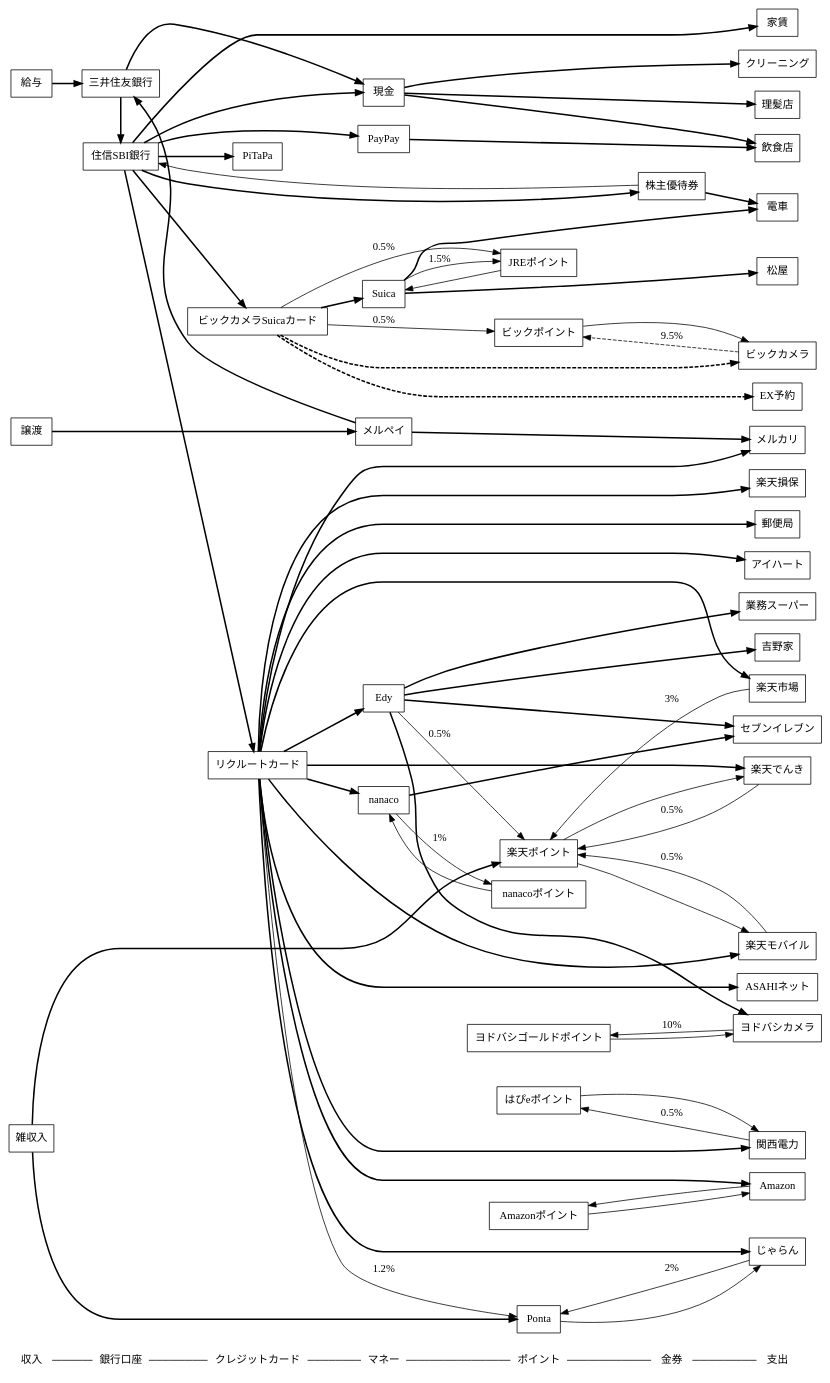
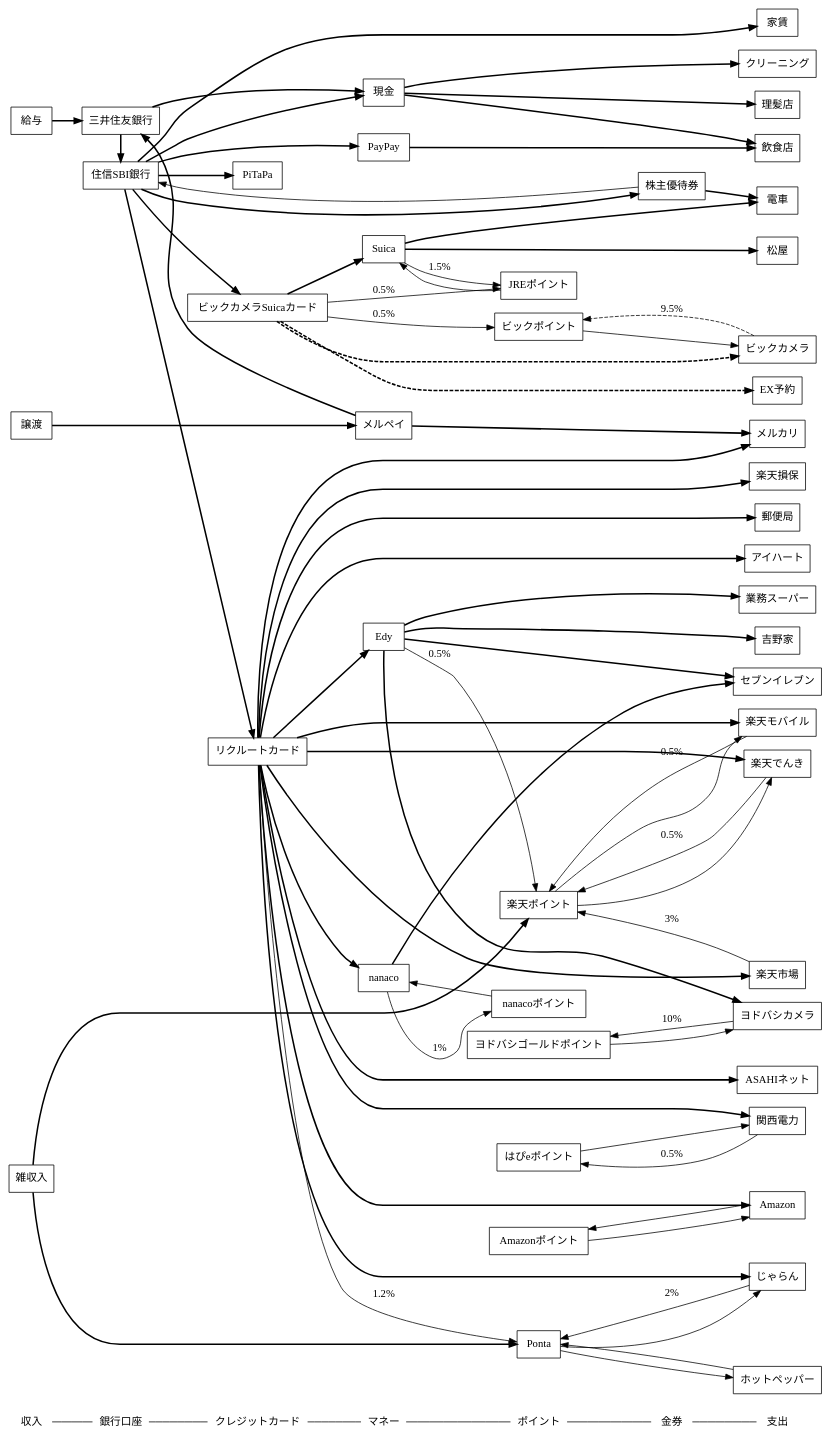
The diagram in moneyflow.dot (saireya/moneyflow), drawn with Graphviz before and after one commit. The commit also changed 1 other file, not shown here.

```diff
--- a/moneyflow.dot
+++ b/moneyflow.dot
@@ -1,166 +1,169 @@
 // dot -Tsvg moneyflow.dot -o moneyflow.svg
 // edge: bold: 支出, solid: 還元(label:還元率), dashed: Obsolete
 digraph "MoneyFlow"
 {
 	graph [ rankdir = LR ];
 	node [ shape = box ];
 
 	"収入", "銀行口座", "クレジットカード", "マネー", "ポイント", "金券", "支出" [shape = none];
 	"収入" -> "銀行口座" -> "クレジットカード" -> "マネー" -> "ポイント" -> "金券" -> "支出" [arrowhead = none];
 	{
 		rank = same; "収入";
 		給与;
 		譲渡;
 		雑収入;
 	}
 
 	{
 		rank = same; "銀行口座";
 		三井住友銀行;
 		住信SBI銀行;
 	}
 
 	{
 		rank = same; "クレジットカード";
 		ビックカメラSuicaカード;
 		リクルートカード;
 		PiTaPa;
 	}
 
 	{
 		rank = same; "マネー";
 		Suica;
 		現金;
 		nanaco;
 		Edy;
 		PayPay;
 		メルペイ;
 	}
 
 	{
 		rank = same; "ポイント";
 		// 共通ポイント
 		Ponta;
 		楽天ポイント;
 		// クレジットカード関係
 		JREポイント;
 		// 独自ポイント
 		ビックポイント;
 		Amazonポイント;
 		nanacoポイント;
 		ヨドバシゴールドポイント;
 		はぴeポイント;
 	}
 
 	{
 		rank = same; "金券";
 		株主優待券;
 	}
 
 	{
 		rank = same; "支出";
 		家賃;
 		// コンビニ
 		セブンイレブン;
 		// 交通
 		電車;
 		// インフラ
 		ASAHIネット;
 		楽天モバイル;
 		楽天でんき;
 		関西電力;
 		楽天損保;
 		郵便局;
 		// 店舗
 		アイハート;
 		ビックカメラ;
 		ヨドバシカメラ;
 		飲食店;
 		業務スーパー;
 		松屋;
 		吉野家;
 		理髪店;
 		クリーニング;
 		// ネット
 		Amazon;
 		EX予約;
 		じゃらん;
+		ホットペッパー;
 		メルカリ;
 		楽天市場;
 	}
 
 	// SMBC
 	給与 -> 三井住友銀行 [style="bold", weight=100];
 	三井住友銀行 -> 現金, 住信SBI銀行 [style="bold", weight=100];
 
 	// ビックカメラSuicaカード
 	ビックカメラSuicaカード -> JREポイント [label="0.5%"];
 	ビックカメラSuicaカード -> ビックカメラ [style="bold,dashed", weight=100];
 	ビックカメラ -> ビックポイント [style="dashed", label="9.5%"];
 	ビックカメラSuicaカード -> ビックポイント [label="0.5%"]
 	ビックポイント -> ビックカメラ;
 	ビックカメラSuicaカード -> Suica -> 電車 [style="bold", weight=100];
 	Suica -> 松屋 [style="bold", weight=100];
 	ビックカメラSuicaカード -> EX予約 [style="bold,dashed", weight=100];
 	Suica -> JREポイント [label="1.5%"];
 	JREポイント -> Suica;
 
 	// 住信SBI
 	住信SBI銀行 -> 現金 [style="bold", weight=100];
 	住信SBI銀行 -> 家賃 [style="bold", weight=100];
 	住信SBI銀行 -> ビックカメラSuicaカード, リクルートカード, PiTaPa [style="bold", weight=100];
 	住信SBI銀行 -> PayPay [style="bold", weight=100];
 	PayPay -> 飲食店 [style="bold", weight=100];
 	住信SBI銀行 -> 株主優待券 [style="bold", weight=100];
 	株主優待券 -> 電車 [style="bold", weight=100];
 	株主優待券 -> 住信SBI銀行;
 
 	// リクルートカード
 	リクルートカード -> ASAHIネット [style="bold", weight=100];
 	リクルートカード -> Amazon [style="bold", weight=100];
 	リクルートカード -> じゃらん [style="bold", weight=100];
 	リクルートカード -> アイハート [style="bold", weight=100];
 	リクルートカード -> 関西電力 [style="bold", weight=100];
 	関西電力 -> はぴeポイント [label="0.5%"];
 	はぴeポイント -> 関西電力;
 	リクルートカード -> 楽天でんき [style="bold", weight=100];
 	楽天でんき -> 楽天ポイント [label="0.5%"];
 	リクルートカード -> 楽天損保 [style="bold", weight=100];
 	リクルートカード -> 楽天市場 [style="bold", weight=100];
 	楽天市場 -> 楽天ポイント [label="3%"];
 	リクルートカード -> 楽天モバイル [style="bold", weight=100];
 	楽天モバイル -> 楽天ポイント [label="0.5%"];
 	楽天ポイント -> 楽天モバイル, 楽天でんき;
 	リクルートカード -> Edy [style="bold", weight=100];
 	Edy -> ヨドバシカメラ [style="bold", weight=100];
 	ヨドバシカメラ -> ヨドバシゴールドポイント [label="10%"];
 	ヨドバシゴールドポイント -> ヨドバシカメラ;
 	Edy -> 吉野家 [style="bold", weight=100];
 	Edy -> 楽天ポイント [label="0.5%"];
 	リクルートカード -> Ponta [label="1.2%"];
 	Ponta -> じゃらん;
 	じゃらん -> Ponta [label="2%"];
+	Ponta -> ホットペッパー;
+	ホットペッパー -> Ponta;
 	Amazon -> Amazonポイント -> Amazon;
 	リクルートカード -> nanaco [style="bold", weight=100];
 	nanaco -> セブンイレブン [style="bold", weight=100];
 	nanaco -> nanacoポイント [label="1%"];
 	nanacoポイント -> nanaco;
 	Edy -> 業務スーパー [style="bold", weight=100];
 	リクルートカード -> 郵便局 [style="bold", weight=100];
 	Edy -> セブンイレブン [style="bold", weight=100];
 
 	// 現金
 	現金 -> 飲食店 [style="bold", weight=100];
 	現金 -> 理髪店 [style="bold", weight=100];
 	現金 -> クリーニング [style="bold", weight=100];
 
 	// 譲渡
 	譲渡 -> メルペイ [style="bold", weight=100];
 	メルペイ -> メルカリ [style="bold", weight=100];
 	メルペイ -> 三井住友銀行 [style="bold", weight=100];
 	リクルートカード -> メルカリ [style="bold", weight=100];
 
 	// 雑収入
 	雑収入 -> 楽天ポイント [style="bold", weight=100];
 	雑収入 -> Ponta [style="bold", weight=100];
 }
```
